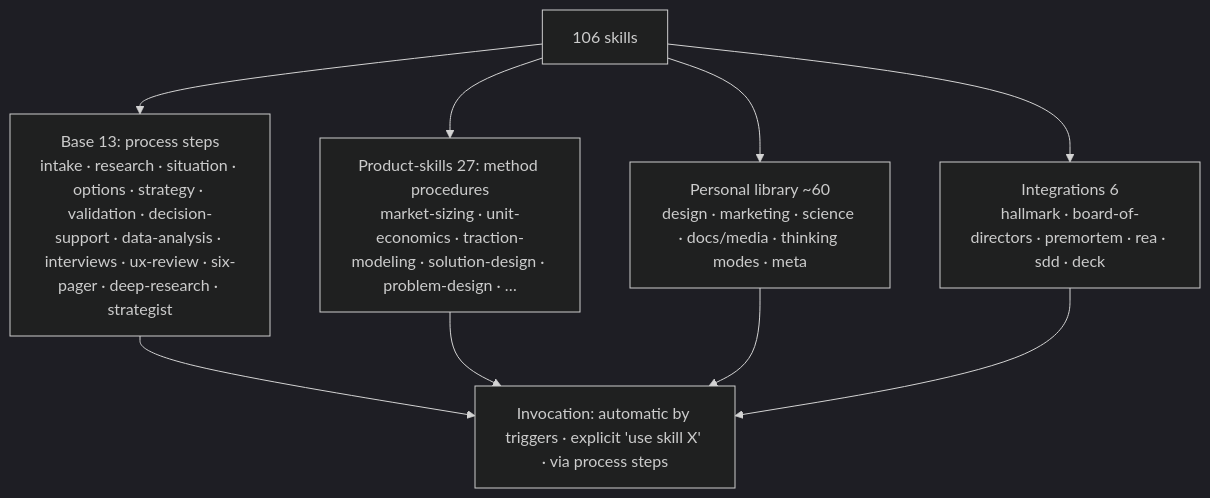
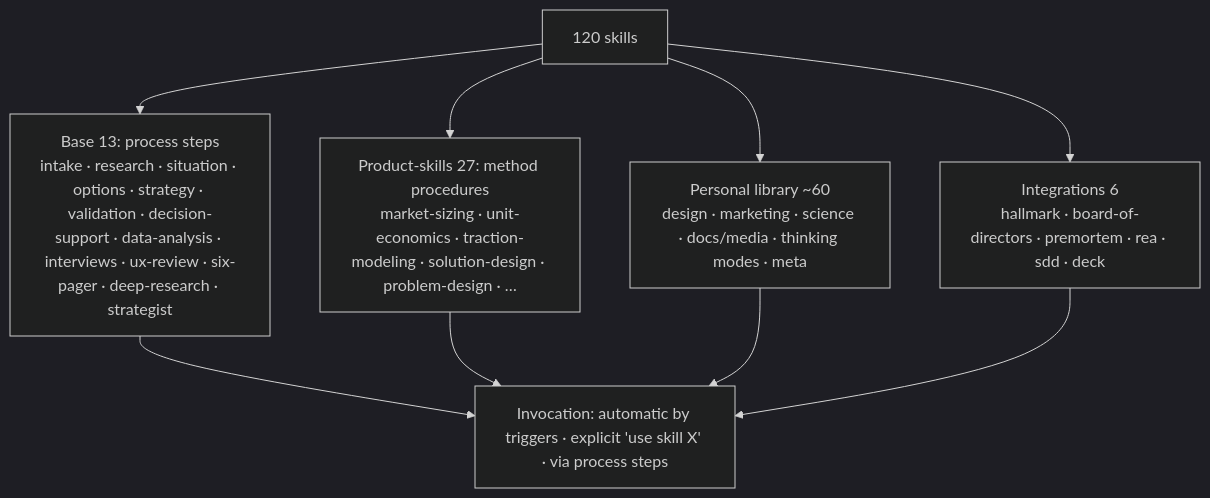
One commit to Fighter90/product-factory-strategist changed the third of 4 diagrams in README_EN.md. Above: the diagram before and after it, drawn with Mermaid (dark theme). The commit also changed other lines of this file and 7 other files, not shown here.

````diff
--- a/README_EN.md
+++ b/README_EN.md
@@ -105,8 +105,8 @@
 ```mermaid
 flowchart TB
-  SK["106 skills"] --> B["Base 13: process steps<br/>intake · research · situation · options · strategy · validation · decision-support · data-analysis · interviews · ux-review · six-pager · deep-research · strategist"]
+  SK["120 skills"] --> B["Base 13: process steps<br/>intake · research · situation · options · strategy · validation · decision-support · data-analysis · interviews · ux-review · six-pager · deep-research · strategist"]
   SK --> P["Product-skills 27: method procedures<br/>market-sizing · unit-economics · traction-modeling · solution-design · problem-design · …"]
   SK --> L["Personal library ~60<br/>design · marketing · science · docs/media · thinking modes · meta"]
   SK --> INT["Integrations 6<br/>hallmark · board-of-directors · premortem · rea · sdd · deck"]
   B & P & L & INT --> INV["Invocation: automatic by triggers · explicit 'use skill X' · via process steps"]
 ```
````
